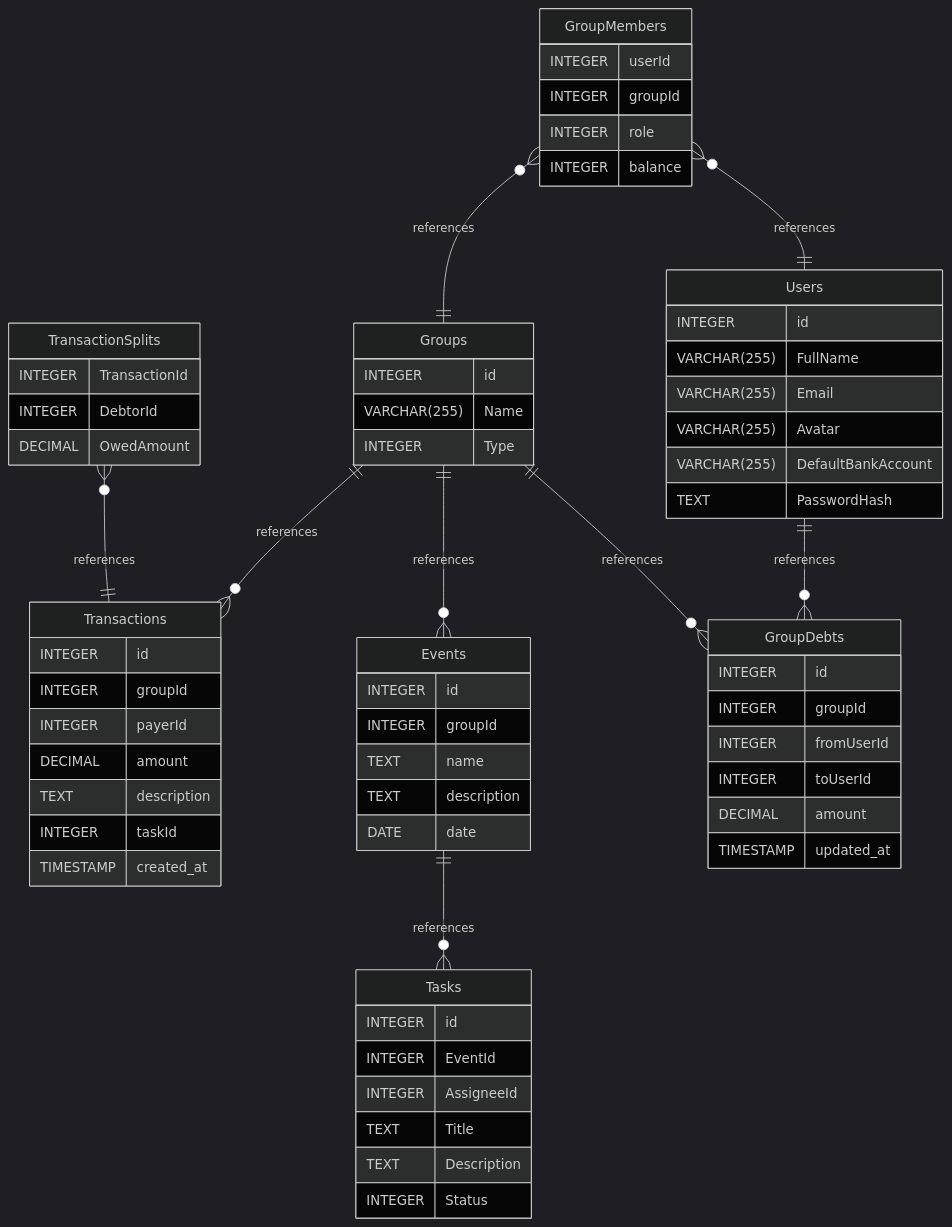
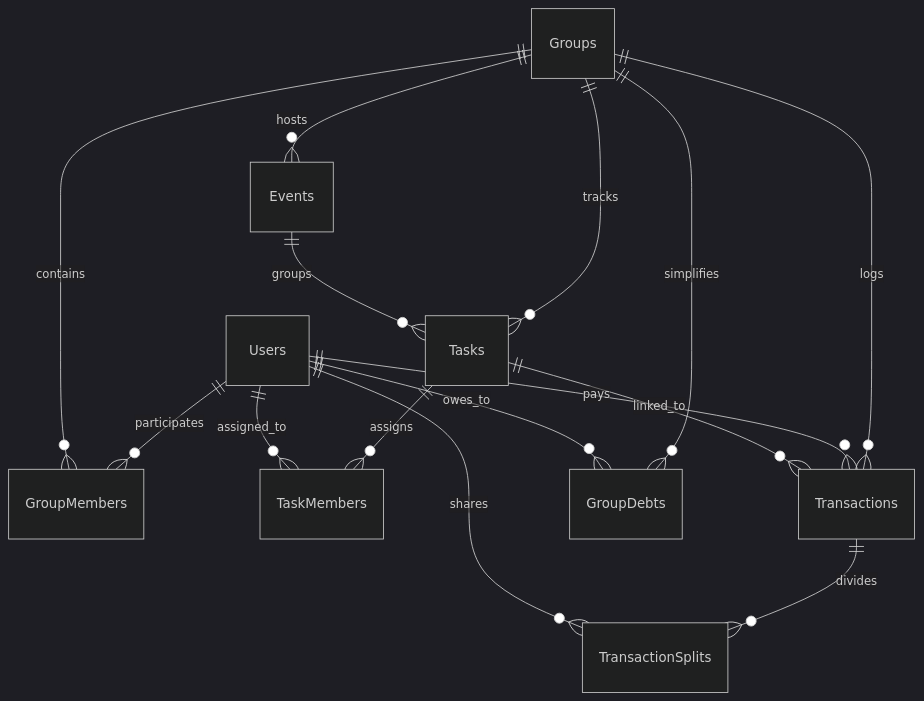
Before and after one commit to HuongDS/WeShare: the diagram in README.md, drawn with Mermaid (dark theme). The commit also changed other lines of this file and 15 other files, not shown here.

Commit message:
docs & feat: align DESIGN.md and README.md with WeShare architecture, implement ExpenseSplitterDashboard & mobile layout

````diff
--- a/README.md
+++ b/README.md
@@ -168,75 +154,17 @@
 ```mermaid
 erDiagram
-	GroupMembers }o--|| Users : references
-	GroupMembers }o--|| Groups : references
-	TransactionSplits }o--|| Transactions : references
-	Groups ||--o{ Transactions : references
-	Events ||--o{ Tasks : references
-	Groups ||--o{ Events : references
-	Groups ||--o{ GroupDebts : references
-	Users ||--o{ GroupDebts : references
-
-	Users {
-		INTEGER id
-		VARCHAR(255) FullName
-		VARCHAR(255) Email
-		VARCHAR(255) Avatar
-		VARCHAR(255) DefaultBankAccount
-		TEXT PasswordHash
-	}
-
-	Groups {
-		INTEGER id
-		VARCHAR(255) Name
-		INTEGER Type
-	}
-
-	GroupMembers {
-		INTEGER userId
-		INTEGER groupId
-		INTEGER role
-		INTEGER balance
-	}
-
-	Transactions {
-		INTEGER id
-		INTEGER groupId
-		INTEGER payerId
-		DECIMAL amount
-		TEXT description
-		INTEGER taskId
-		TIMESTAMP created_at
-	}
-
-	TransactionSplits {
-		INTEGER TransactionId
-		INTEGER DebtorId
-		DECIMAL OwedAmount
-	}
-
-	Events {
-		INTEGER id
-		INTEGER groupId
-		TEXT name
-		TEXT description
-		DATE date
-	}
-
-	Tasks {
-		INTEGER id
-		INTEGER EventId
-		INTEGER AssigneeId
-		TEXT Title
-		TEXT Description
-		INTEGER Status
-	}
-
-	GroupDebts {
-		INTEGER id
-		INTEGER groupId
-		INTEGER fromUserId
-		INTEGER toUserId
-		DECIMAL amount
-		TIMESTAMP updated_at
-	}
+    Users ||--o{ GroupMembers : participates
+    Groups ||--o{ GroupMembers : contains
+    Groups ||--o{ Events : hosts
+    Groups ||--o{ Tasks : tracks
+    Events ||--o{ Tasks : groups
+    Tasks ||--o{ TaskMembers : assigns
+    Users ||--o{ TaskMembers : assigned_to
+    Groups ||--o{ Transactions : logs
+    Users ||--o{ Transactions : pays
+    Tasks ||--o{ Transactions : linked_to
+    Transactions ||--o{ TransactionSplits : divides
+    Users ||--o{ TransactionSplits : shares
+    Groups ||--o{ GroupDebts : simplifies
+    Users ||--o{ GroupDebts : owes_to
 ```
````
